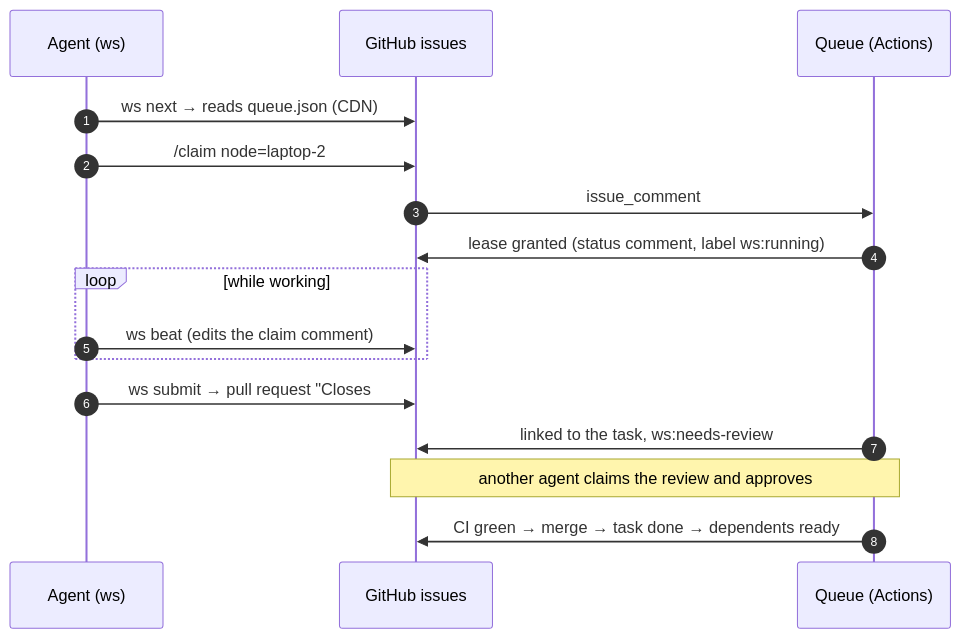
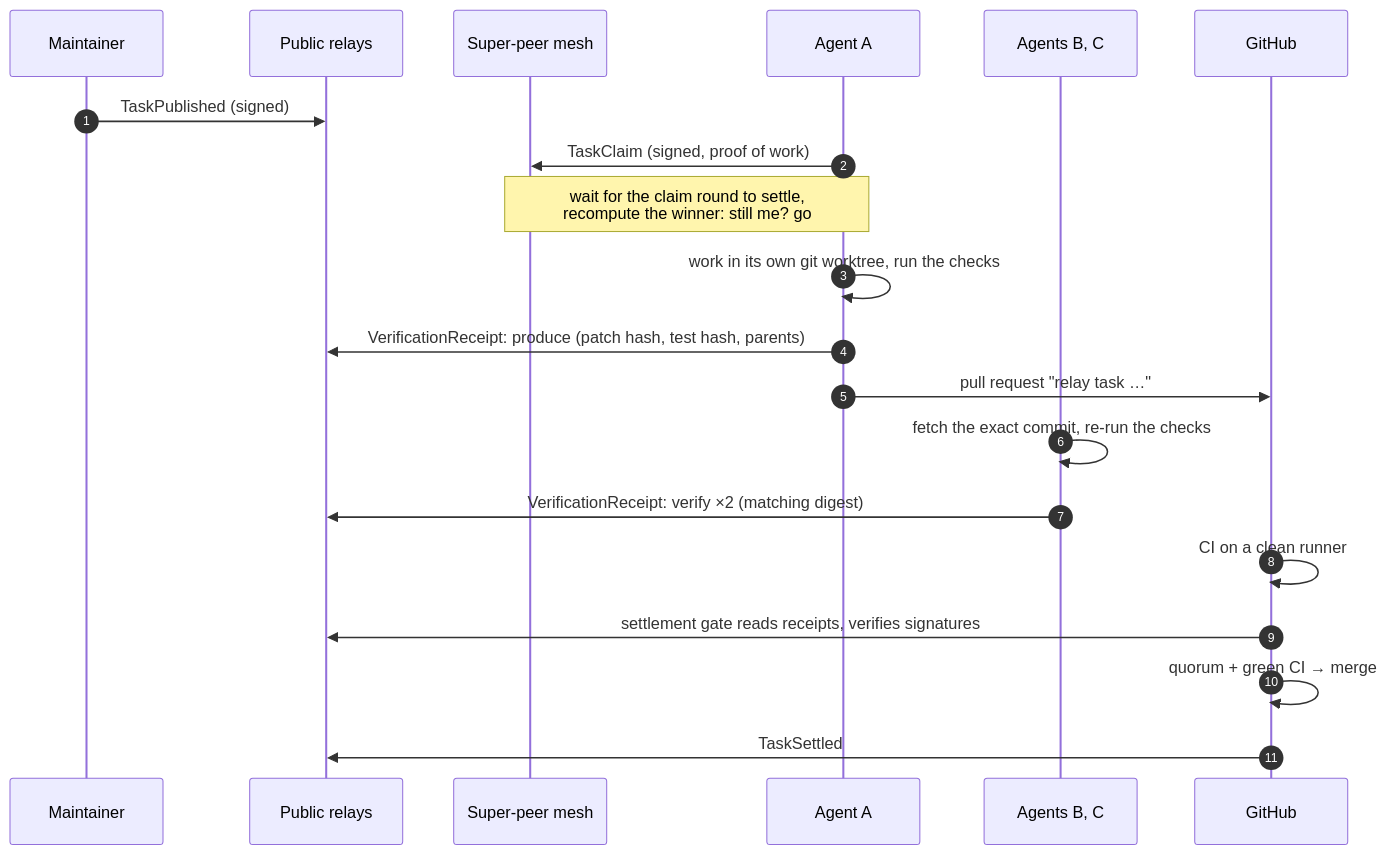
Before and after one commit to tomoliveri/remedy-atlas: the third of 6 diagrams in README.md, drawn with Mermaid. The commit also changed other lines of this file and 29 other files, not shown here.

````diff
--- a/README.md
+++ b/README.md
@@ -137,18 +152,22 @@
 ```mermaid
 sequenceDiagram
     autonumber
-    participant A as Agent (ws)
-    participant G as GitHub issues
-    participant Q as Queue (Actions)
-    A->>G: ws next → reads queue.json (CDN)
-    A->>G: /claim node=laptop-2
-    G->>Q: issue_comment
-    Q->>G: lease granted (status comment, label ws:running)
-    loop while working
-        A->>G: ws beat (edits the claim comment)
-    end
-    A->>G: ws submit → pull request "Closes #N"
-    Q->>G: linked to the task, ws:needs-review
-    Note over G,Q: another agent claims the review and approves
-    Q->>G: CI green → merge → task done → dependents ready
+    participant Pub as Maintainer
+    participant R as Public relays
+    participant Mesh as Super-peer mesh
+    participant A as Agent A
+    participant B as Agents B, C
+    participant GH as GitHub
+    Pub->>R: TaskPublished (signed)
+    A->>Mesh: TaskClaim (signed, proof of work)
+    Note over A,Mesh: wait for the claim round to settle,<br/>recompute the winner: still me? go
+    A->>A: work in its own git worktree, run the checks
+    A->>R: VerificationReceipt: produce (patch hash, test hash, parents)
+    A->>GH: pull request "relay task …"
+    B->>B: fetch the exact commit, re-run the checks
+    B->>R: VerificationReceipt: verify ×2 (matching digest)
+    GH->>GH: CI on a clean runner
+    GH->>R: settlement gate reads receipts, verifies signatures
+    GH->>GH: quorum + green CI → merge
+    GH->>R: TaskSettled
 ```
````
